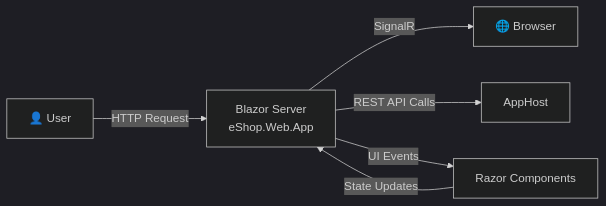
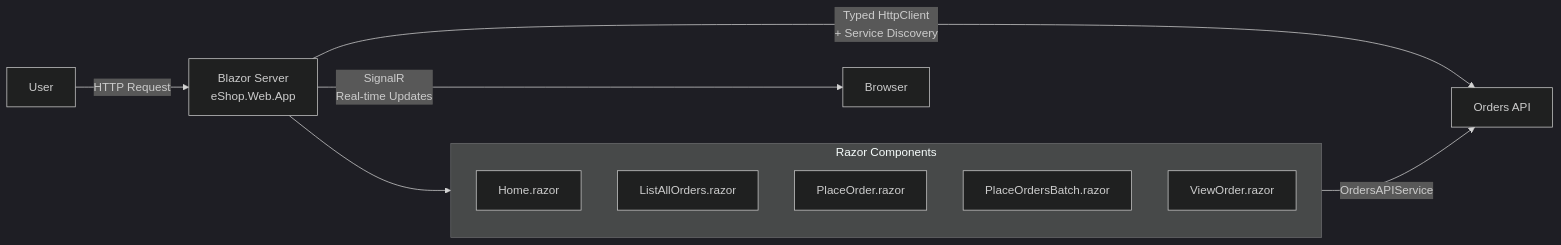
Before and after one commit to Evilazaro/Azure-LogicApps-Monitoring: the second of 15 diagrams in README.MD, drawn with Mermaid (dark theme). The commit also changed other lines of this file, not shown here.

First line of the commit message:
Enhance README.MD with detailed architecture and component descriptions

````diff
--- a/README.MD
+++ b/README.MD
@@ -132,8 +131,17 @@
 ```mermaid
 flowchart LR
-    User["👤 User"] -->|"HTTP Request"| Blazor["Blazor Server<br/>eShop.Web.App"]
-    Blazor -->|"SignalR"| Browser["🌐 Browser"]
-    Blazor -->|"REST API Calls"| AppHost["AppHost"]
-    Blazor -->|"UI Events"| Components["Razor Components"]
-    Components -->|"State Updates"| Blazor
+    User["User"] -->|"HTTP Request"| Blazor["Blazor Server<br/>eShop.Web.App"]
+    Blazor -->|"SignalR<br/>Real-time Updates"| Browser["Browser"]
+    Blazor -->|"Typed HttpClient<br/>+ Service Discovery"| OrdersAPI["Orders API"]
+    
+    subgraph Components["Razor Components"]
+        Home["Home.razor"]
+        ListOrders["ListAllOrders.razor"]
+        PlaceOrder["PlaceOrder.razor"]
+        PlaceBatch["PlaceOrdersBatch.razor"]
+        ViewOrder["ViewOrder.razor"]
+    end
+    
+    Blazor --> Components
+    Components -->|"OrdersAPIService"| OrdersAPI
 ```
````
